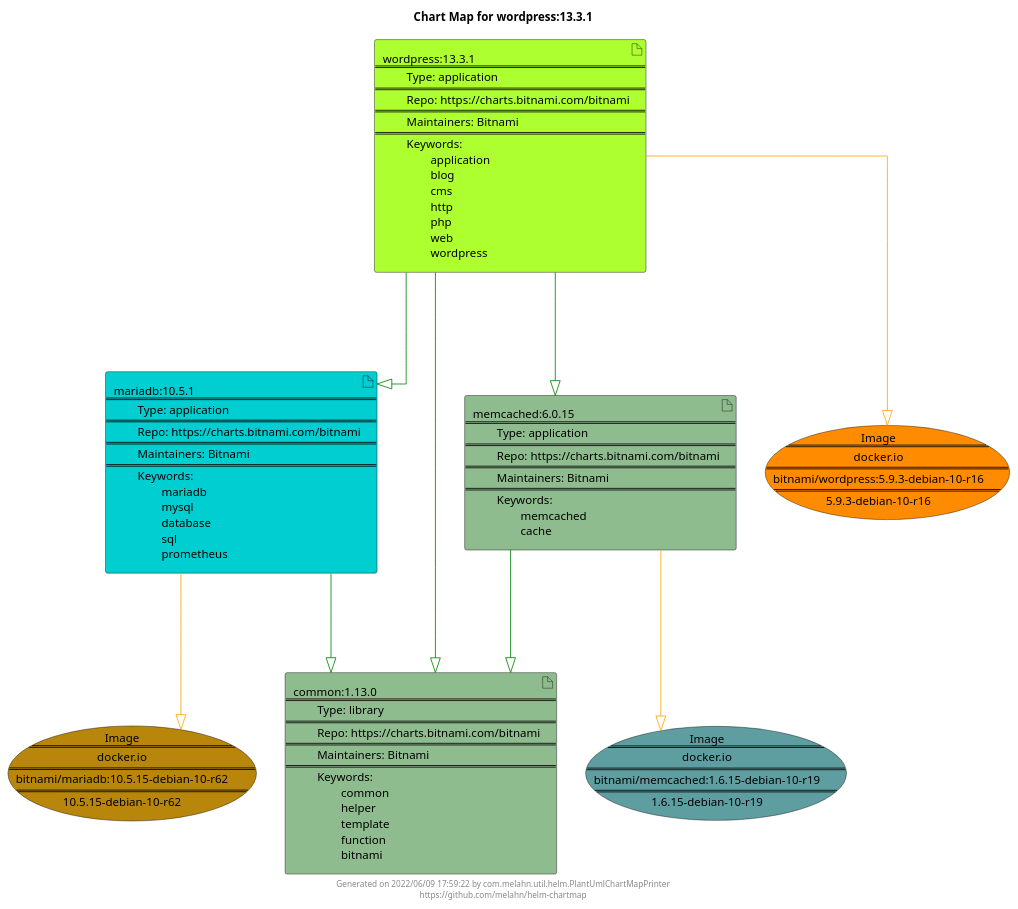
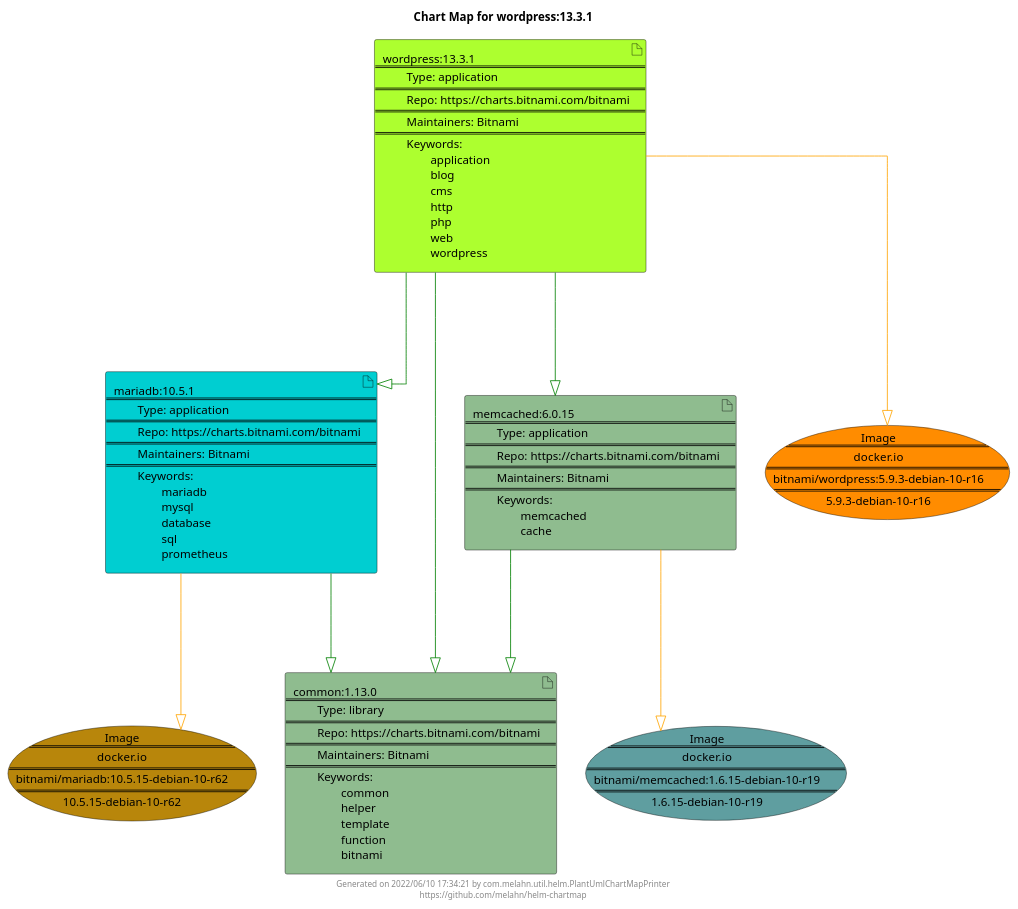
The diagram in docs/wordpress/wordpress-13.3.1.puml (melahn/helm-chartmap), drawn with PlantUML before and after one commit. The commit also changed 58 other files, not shown here.

Commit message:
Update Example Chart Maps as part of GitHub build

```diff
--- a/docs/wordpress/wordpress-13.3.1.puml
+++ b/docs/wordpress/wordpress-13.3.1.puml
@@ -1,33 +1,33 @@
 @startuml
 skinparam linetype ortho
 skinparam backgroundColor white
 skinparam usecaseBorderColor black
 skinparam usecaseArrowColor LightSlateGray
 skinparam artifactBorderColor black
 skinparam artifactArrowColor LightSlateGray
 
 title Chart Map for wordpress:13.3.1
 
 'There are 4 referenced Helm Charts
 artifact "wordpress:13.3.1\n====\n\tType: application\n====\n\tRepo: https://charts.bitnami.com/bitnami\n====\n\tMaintainers: Bitnami\n====\n\tKeywords: \n\t\tapplication\n\t\tblog\n\t\tcms\n\t\thttp\n\t\tphp\n\t\tweb\n\t\twordpress" as wordpress_13_3_1 #GreenYellow
 artifact "common:1.13.0\n====\n\tType: library\n====\n\tRepo: https://charts.bitnami.com/bitnami\n====\n\tMaintainers: Bitnami\n====\n\tKeywords: \n\t\tcommon\n\t\thelper\n\t\ttemplate\n\t\tfunction\n\t\tbitnami" as common_1_13_0 #DarkSeaGreen
 artifact "mariadb:10.5.1\n====\n\tType: application\n====\n\tRepo: https://charts.bitnami.com/bitnami\n====\n\tMaintainers: Bitnami\n====\n\tKeywords: \n\t\tmariadb\n\t\tmysql\n\t\tdatabase\n\t\tsql\n\t\tprometheus" as mariadb_10_5_1 #DarkTurquoise
 artifact "memcached:6.0.15\n====\n\tType: application\n====\n\tRepo: https://charts.bitnami.com/bitnami\n====\n\tMaintainers: Bitnami\n====\n\tKeywords: \n\t\tmemcached\n\t\tcache" as memcached_6_0_15 #DarkSeaGreen
 
 'There are 3 referenced Docker Images
 usecase "Image\n====\ndocker.io\n====\nbitnami/memcached:1.6.15-debian-10-r19\n====\n1.6.15-debian-10-r19" as docker_io_bitnami_memcached_1_6_15_debian_10_r19 #CadetBlue
 usecase "Image\n====\ndocker.io\n====\nbitnami/mariadb:10.5.15-debian-10-r62\n====\n10.5.15-debian-10-r62" as docker_io_bitnami_mariadb_10_5_15_debian_10_r62 #DarkGoldenRod
 usecase "Image\n====\ndocker.io\n====\nbitnami/wordpress:5.9.3-debian-10-r16\n====\n5.9.3-debian-10-r16" as docker_io_bitnami_wordpress_5_9_3_debian_10_r16 #Darkorange
 
 'Chart Dependencies
+wordpress_13_3_1--[#green]-|>common_1_13_0
 wordpress_13_3_1--[#green]-|>memcached_6_0_15
 memcached_6_0_15--[#green]-|>common_1_13_0
 wordpress_13_3_1--[#green]-|>mariadb_10_5_1
 mariadb_10_5_1--[#green]-|>common_1_13_0
-wordpress_13_3_1--[#green]-|>common_1_13_0
 wordpress_13_3_1--[#orange]-|>docker_io_bitnami_wordpress_5_9_3_debian_10_r16
 mariadb_10_5_1--[#orange]-|>docker_io_bitnami_mariadb_10_5_15_debian_10_r62
 memcached_6_0_15--[#orange]-|>docker_io_bitnami_memcached_1_6_15_debian_10_r19
 
-center footer Generated on 2022/06/09 17:59:22 by com.melahn.util.helm.PlantUmlChartMapPrinter\nhttps://github.com/melahn/helm-chartmap
+center footer Generated on 2022/06/10 17:34:21 by com.melahn.util.helm.PlantUmlChartMapPrinter\nhttps://github.com/melahn/helm-chartmap
 @enduml
```
